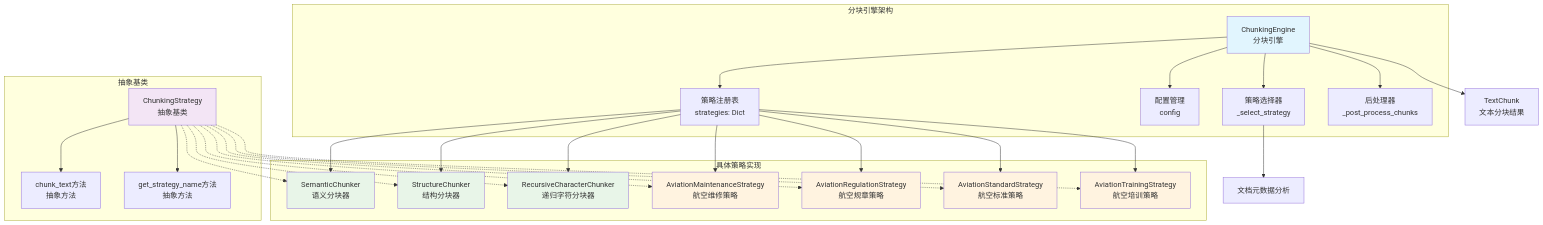
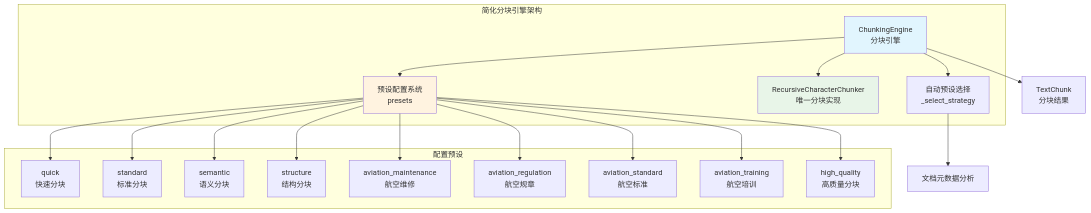
The first of 2 diagrams in rag_flow/src/core/document_processor/chunking/README.md (mrsniperz/quickstart-resources), drawn with Mermaid before and after one commit. The commit also changed other lines of this file and 34 other files, not shown here.

````diff
--- a/rag_flow/src/core/document_processor/chunking/README.md
+++ b/rag_flow/src/core/document_processor/chunking/README.md
@@ -25,54 +61,37 @@
 ```mermaid
 graph TB
-    subgraph "分块引擎架构"
-        A[ChunkingEngine<br/>分块引擎] --> B[策略注册表<br/>strategies: Dict]
-        A --> C[配置管理<br/>config]
-        A --> D[策略选择器<br/>_select_strategy]
-        A --> E[后处理器<br/>_post_process_chunks]
+    subgraph "简化分块引擎架构"
+        A[ChunkingEngine<br/>分块引擎] --> B[预设配置系统<br/>presets]
+        A --> C[RecursiveCharacterChunker<br/>唯一分块实现]
+        A --> D[自动预设选择<br/>_select_strategy]
     end
 
-    subgraph "抽象基类"
-        F[ChunkingStrategy<br/>抽象基类]
-        F --> G[chunk_text方法<br/>抽象方法]
-        F --> H[get_strategy_name方法<br/>抽象方法]
+    subgraph "配置预设"
+        E[quick<br/>快速分块]
+        F[standard<br/>标准分块]
+        G[semantic<br/>语义分块]
+        H[structure<br/>结构分块]
+        I[aviation_maintenance<br/>航空维修]
+        J[aviation_regulation<br/>航空规章]
+        K[aviation_standard<br/>航空标准]
+        L[aviation_training<br/>航空培训]
+        M[high_quality<br/>高质量分块]
     end
 
-    subgraph "具体策略实现"
-        I[SemanticChunker<br/>语义分块器]
-        J[StructureChunker<br/>结构分块器]
-        K[RecursiveCharacterChunker<br/>递归字符分块器]
-        L[AviationMaintenanceStrategy<br/>航空维修策略]
-        M[AviationRegulationStrategy<br/>航空规章策略]
-        N[AviationStandardStrategy<br/>航空标准策略]
-        O[AviationTrainingStrategy<br/>航空培训策略]
-    end
-
-    F -.-> I
-    F -.-> J
-    F -.-> K
-    F -.-> L
-    F -.-> M
-    F -.-> N
-    F -.-> O
-
+    B --> E
+    B --> F
+    B --> G
+    B --> H
     B --> I
     B --> J
     B --> K
     B --> L
     B --> M
-    B --> N
-    B --> O
 
-    D --> P[文档元数据分析]
-    A --> V[TextChunk<br/>文本分块结果]
+    D --> N[文档元数据分析]
+    A --> O[TextChunk<br/>分块结果]
 
     style A fill:#e1f5fe
-    style F fill:#f3e5f5
-    style I fill:#e8f5e8
-    style J fill:#e8f5e8
-    style K fill:#e8f5e8
-    style L fill:#fff3e0
-    style M fill:#fff3e0
-    style N fill:#fff3e0
-    style O fill:#fff3e0
+    style C fill:#e8f5e8
+    style B fill:#fff3e0
 ```
````
